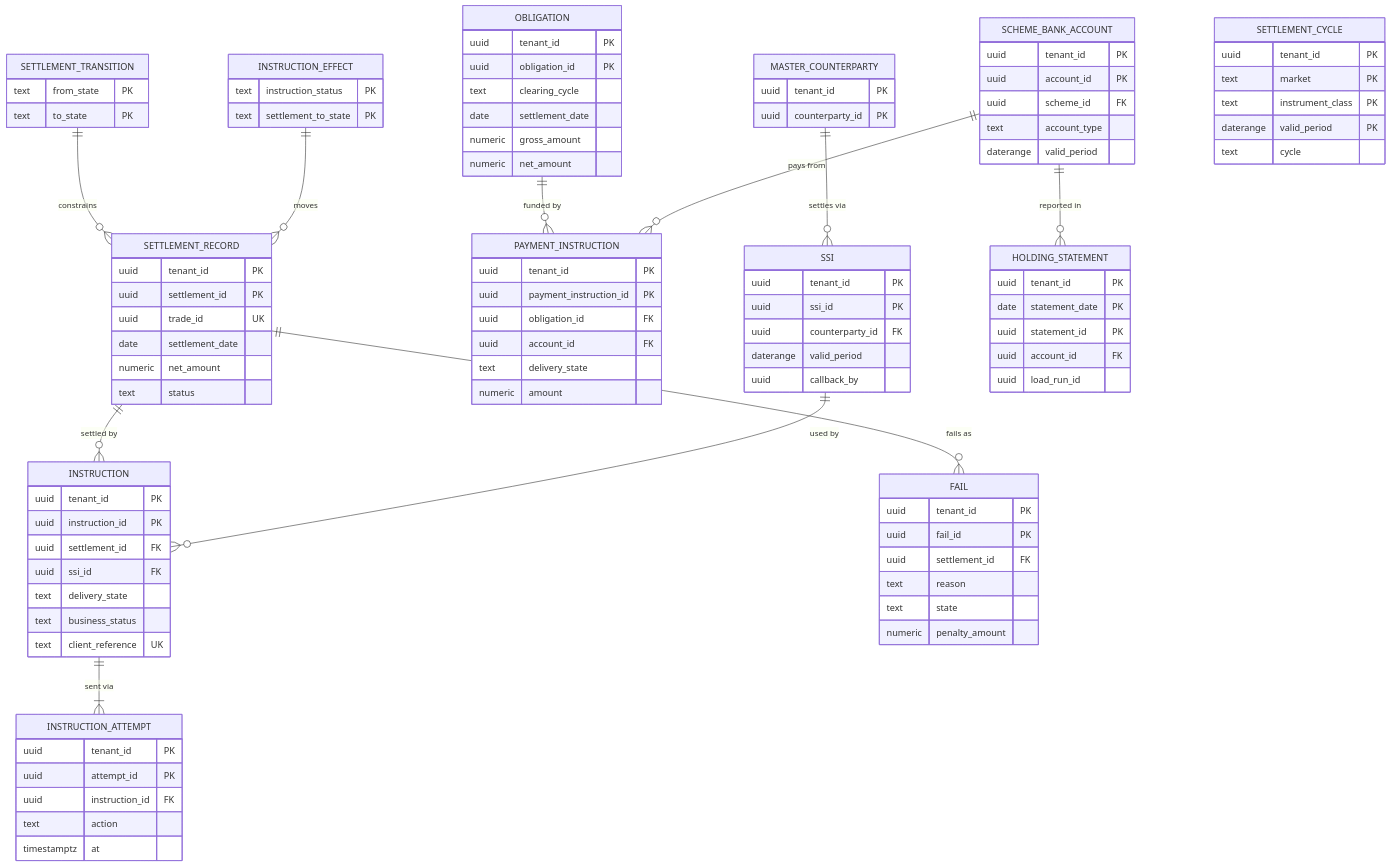
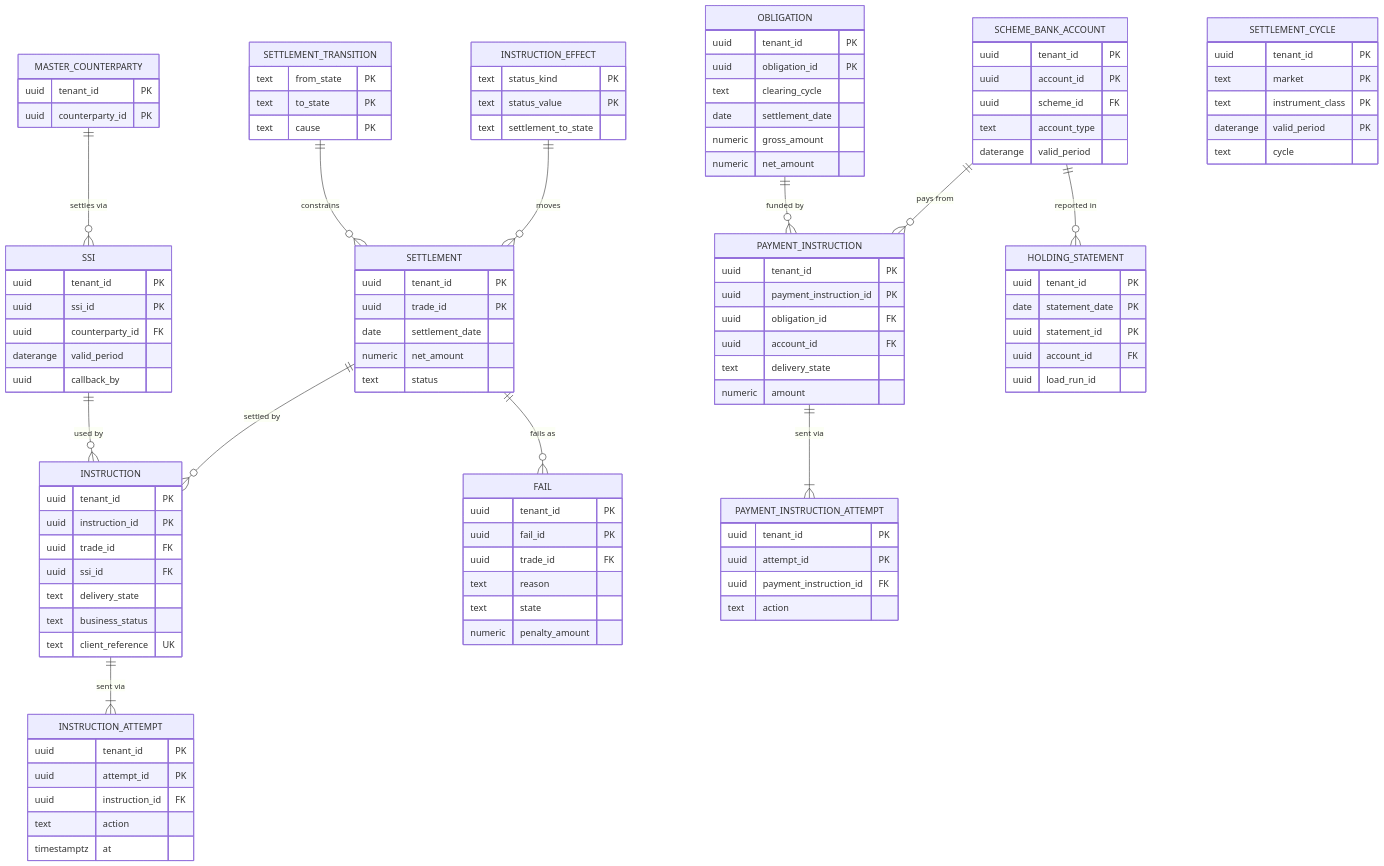
The diagram in architecture/erds/D07_settlement.md (suchitdubey7/AMC-OS), drawn with Mermaid before and after one commit. The commit also changed other lines of this file and 19 other files, not shown here.

````diff
--- a/architecture/erds/D07_settlement.md
+++ b/architecture/erds/D07_settlement.md
@@ -9,19 +9,19 @@
 ```mermaid
 erDiagram
-  SETTLEMENT_TRANSITION ||--o{ SETTLEMENT_RECORD : "constrains"
-  SETTLEMENT_RECORD ||--o{ INSTRUCTION : "settled by"
+  SETTLEMENT_TRANSITION ||--o{ SETTLEMENT : "constrains"
+  SETTLEMENT ||--o{ INSTRUCTION : "settled by"
   INSTRUCTION ||--|{ INSTRUCTION_ATTEMPT : "sent via"
-  INSTRUCTION_EFFECT ||--o{ SETTLEMENT_RECORD : "moves"
+  INSTRUCTION_EFFECT ||--o{ SETTLEMENT : "moves"
   OBLIGATION ||--o{ PAYMENT_INSTRUCTION : "funded by"
-  SETTLEMENT_RECORD ||--o{ FAIL : "fails as"
+  PAYMENT_INSTRUCTION ||--|{ PAYMENT_INSTRUCTION_ATTEMPT : "sent via"
+  SETTLEMENT ||--o{ FAIL : "fails as"
   MASTER_COUNTERPARTY ||--o{ SSI : "settles via"
   SSI ||--o{ INSTRUCTION : "used by"
   SCHEME_BANK_ACCOUNT ||--o{ PAYMENT_INSTRUCTION : "pays from"
   SCHEME_BANK_ACCOUNT ||--o{ HOLDING_STATEMENT : "reported in"
-  SETTLEMENT_RECORD {
+  SETTLEMENT {
     uuid tenant_id PK
-    uuid settlement_id PK
-    uuid trade_id UK
+    uuid trade_id PK
     date settlement_date
     numeric net_amount
     text status
@@ -29,11 +29,12 @@
   SETTLEMENT_TRANSITION {
     text from_state PK
     text to_state PK
+    text cause PK
   }
   INSTRUCTION {
     uuid tenant_id PK
     uuid instruction_id PK
-    uuid settlement_id FK
+    uuid trade_id FK
     uuid ssi_id FK
     text delivery_state
     text business_status
@@ -47,8 +48,15 @@
     timestamptz at
   }
   INSTRUCTION_EFFECT {
-    text instruction_status PK
-    text settlement_to_state PK
+    text status_kind PK
+    text status_value PK
+    text settlement_to_state
+  }
+  PAYMENT_INSTRUCTION_ATTEMPT {
+    uuid tenant_id PK
+    uuid attempt_id PK
+    uuid payment_instruction_id FK
+    text action
   }
   OBLIGATION {
     uuid tenant_id PK
@@ -69,7 +77,7 @@
   FAIL {
     uuid tenant_id PK
     uuid fail_id PK
-    uuid settlement_id FK
+    uuid trade_id FK
     text reason
     text state
     numeric penalty_amount
````
